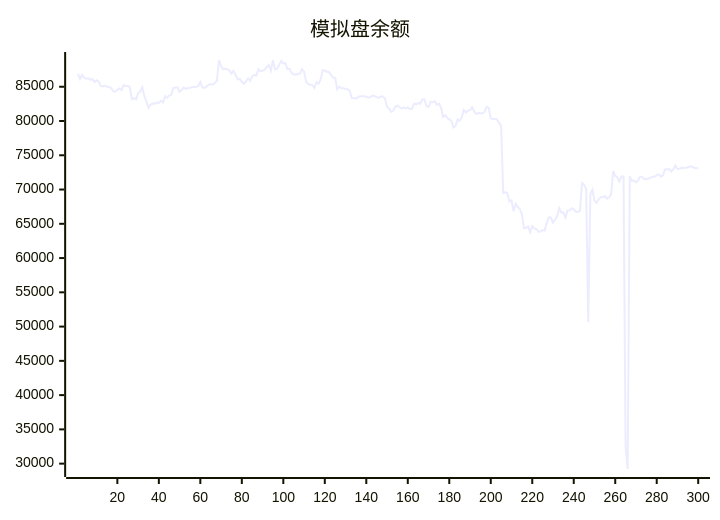
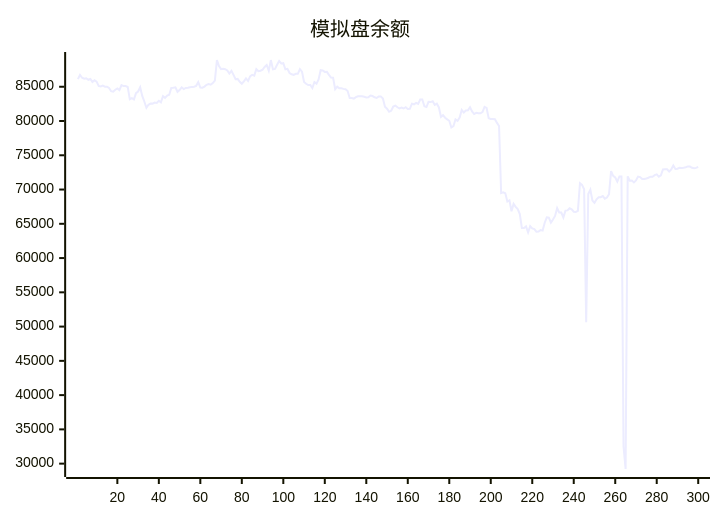
Before and after one commit to aahl/ai-trading: the diagram in README.md, drawn with Mermaid. The commit also changed other lines of this file and 1 other file, not shown here.

````diff
--- a/README.md
+++ b/README.md
@@ -5,5 +5,5 @@
 ```mermaid
 xychart
     title "模拟盘余额"
-    line [86886,86114,86731,86310,86176,86240,86017,86136,85685,85938,85749,85111,85044,85164,85016,85008,84824,84354,84287,84572,84745,84500,85234,85096,85095,84970,83180,83338,83157,84070,84309,84922,83667,82850,81924,82369,82552,82539,82695,82648,82962,82728,83619,83378,83710,83825,84819,84854,84917,84265,84527,84919,84668,84834,84850,84916,84981,85004,85131,85674,84891,84864,85019,85284,85393,85294,85538,85894,88904,88012,87567,87625,87568,87386,86920,87313,86737,86094,86143,85725,85437,85787,86219,85859,86526,86740,86630,87563,87264,87335,87483,87886,88180,87335,88894,87544,87608,88207,88755,88401,88444,87543,87608,87000,86810,86740,86894,86884,87576,87209,85686,85435,85251,85255,84820,85689,85453,86066,87420,87373,87161,87178,86740,86341,86315,84643,85012,84772,84768,84690,84635,84376,83360,83357,83259,83474,83608,83606,83602,83548,83440,83454,83724,83644,83464,83365,83590,83592,83275,82072,81806,81344,81492,82109,82254,82006,81848,81955,81829,82022,81769,81776,82522,82441,82656,82498,83144,83144,82150,82038,82797,82763,82872,82367,82536,81981,80612,80862,80484,80242,80034,79063,79245,80226,80016,80507,81625,81233,81544,81578,82016,81401,81019,81186,81130,81118,81306,82066,81909,80392,80304,80291,80258,79729,79261,69466,69579,69456,68251,68415,66832,67911,67462,67144,66432,64380,64375,64606,63740,64647,64324,64216,63842,63877,64078,64008,65156,65945,65888,65157,65625,66144,67284,66653,66639,65924,66925,66956,67263,67108,66766,66729,66886,70927,70673,70049,50652,69334,69973,68400,68061,68578,68876,68879,69055,68662,68822,69329,72687,71999,71760,71162,71911,71896,32500,29218,71927,71297,71305,71044,71337,71883,71822,71536,71536,71622,71723,71880,71860,72100,72216,71887,72077,72940,72976,72966,72638,72948,73497,73004,73041,73173,73160,73186,73258,73375,73351,73173,73098,73161]
+    line [86114,86731,86310,86176,86240,86017,86136,85685,85938,85749,85111,85044,85164,85016,85008,84824,84354,84287,84572,84745,84500,85234,85096,85095,84970,83180,83338,83157,84070,84309,84922,83667,82850,81924,82369,82552,82539,82695,82648,82962,82728,83619,83378,83710,83825,84819,84854,84917,84265,84527,84919,84668,84834,84850,84916,84981,85004,85131,85674,84891,84864,85019,85284,85393,85294,85538,85894,88904,88012,87567,87625,87568,87386,86920,87313,86737,86094,86143,85725,85437,85787,86219,85859,86526,86740,86630,87563,87264,87335,87483,87886,88180,87335,88894,87544,87608,88207,88755,88401,88444,87543,87608,87000,86810,86740,86894,86884,87576,87209,85686,85435,85251,85255,84820,85689,85453,86066,87420,87373,87161,87178,86740,86341,86315,84643,85012,84772,84768,84690,84635,84376,83360,83357,83259,83474,83608,83606,83602,83548,83440,83454,83724,83644,83464,83365,83590,83592,83275,82072,81806,81344,81492,82109,82254,82006,81848,81955,81829,82022,81769,81776,82522,82441,82656,82498,83144,83144,82150,82038,82797,82763,82872,82367,82536,81981,80612,80862,80484,80242,80034,79063,79245,80226,80016,80507,81625,81233,81544,81578,82016,81401,81019,81186,81130,81118,81306,82066,81909,80392,80304,80291,80258,79729,79261,69466,69579,69456,68251,68415,66832,67911,67462,67144,66432,64380,64375,64606,63740,64647,64324,64216,63842,63877,64078,64008,65156,65945,65888,65157,65625,66144,67284,66653,66639,65924,66925,66956,67263,67108,66766,66729,66886,70927,70673,70049,50652,69334,69973,68400,68061,68578,68876,68879,69055,68662,68822,69329,72687,71999,71760,71162,71911,71896,32500,29218,71927,71297,71305,71044,71337,71883,71822,71536,71536,71622,71723,71880,71860,72100,72216,71887,72077,72940,72976,72966,72638,72948,73497,73004,73041,73173,73160,73186,73258,73375,73351,73173,73098,73161,73305]
 ```
````
